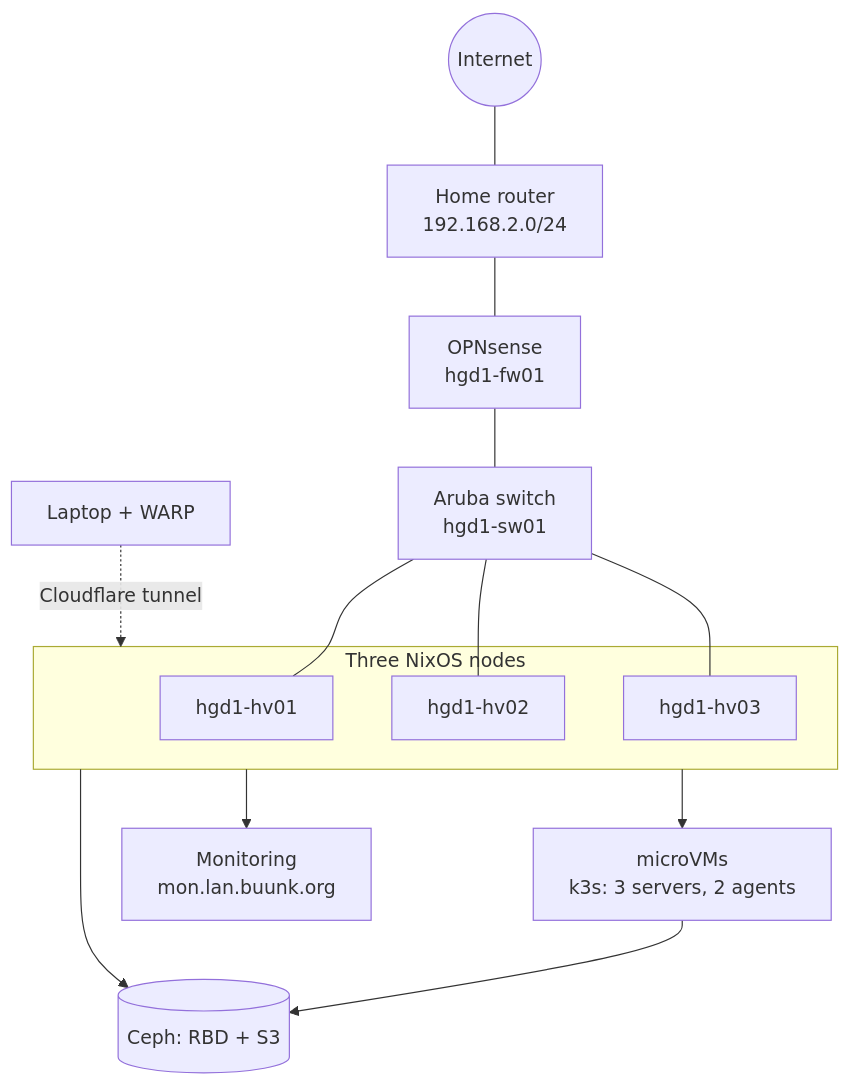
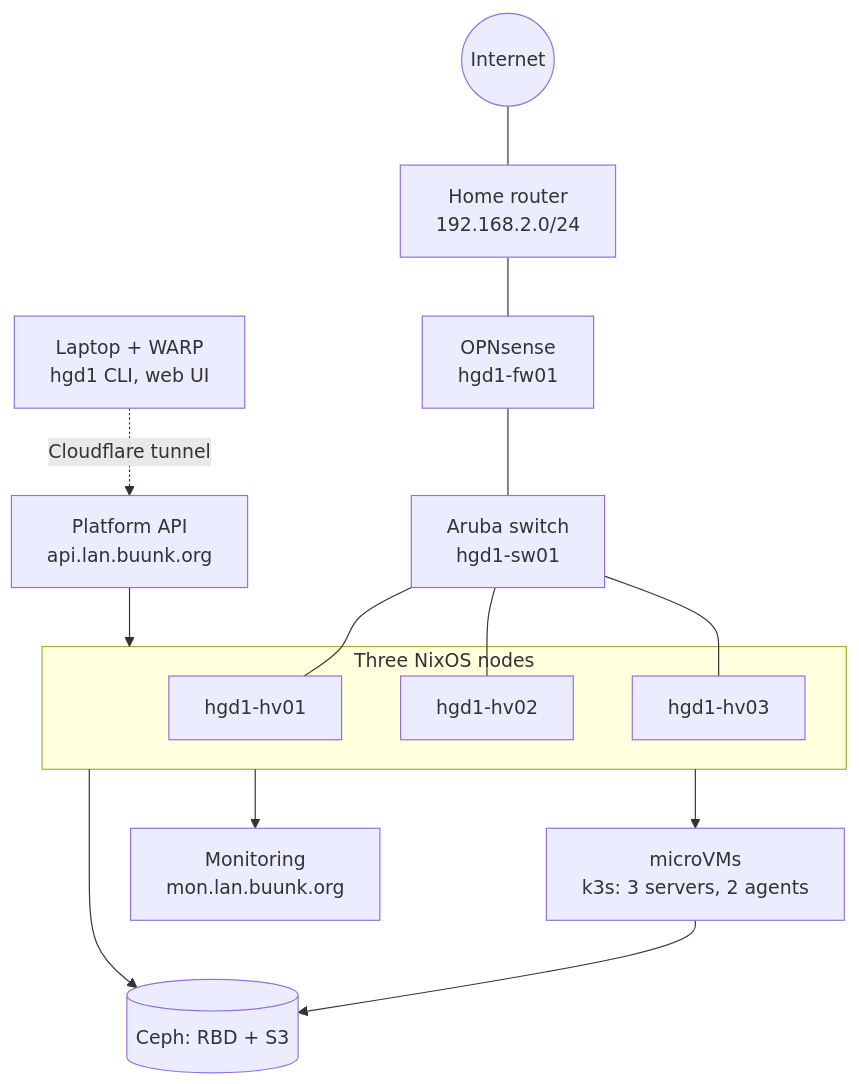
One commit to jurrebuunk/nix-cluster changed the diagram in docs/index.md. Above: the diagram before and after it, drawn with Mermaid. The commit also changed other lines of this file and 29 other files, not shown here.

First line of the commit message:
Docs: Platform API, CLI and web UI (step 9); drop steps 6 and 8

````diff
--- a/docs/index.md
+++ b/docs/index.md
@@ -73,17 +73,18 @@
 ```mermaid
 flowchart TB
   internet((Internet)) --- home[Home router<br/>192.168.2.0/24]
   home --- fw[OPNsense<br/>hgd1-fw01]
   fw --- sw[Aruba switch<br/>hgd1-sw01]
   sw --- hv01[hgd1-hv01] & hv02[hgd1-hv02] & hv03[hgd1-hv03]
   subgraph cluster [Three NixOS nodes]
     hv01
     hv02
     hv03
   end
   cluster --> ceph[(Ceph: RBD + S3)]
   cluster --> vms[microVMs<br/>k3s: 3 servers, 2 agents]
   vms --> ceph
   cluster --> mon[Monitoring<br/>mon.lan.buunk.org]
-  laptop[Laptop + WARP] -. Cloudflare tunnel .-> cluster
+  laptop[Laptop + WARP<br/>hgd1 CLI, web UI] -. Cloudflare tunnel .-> api[Platform API<br/>api.lan.buunk.org]
+  api --> cluster
 ```
````
